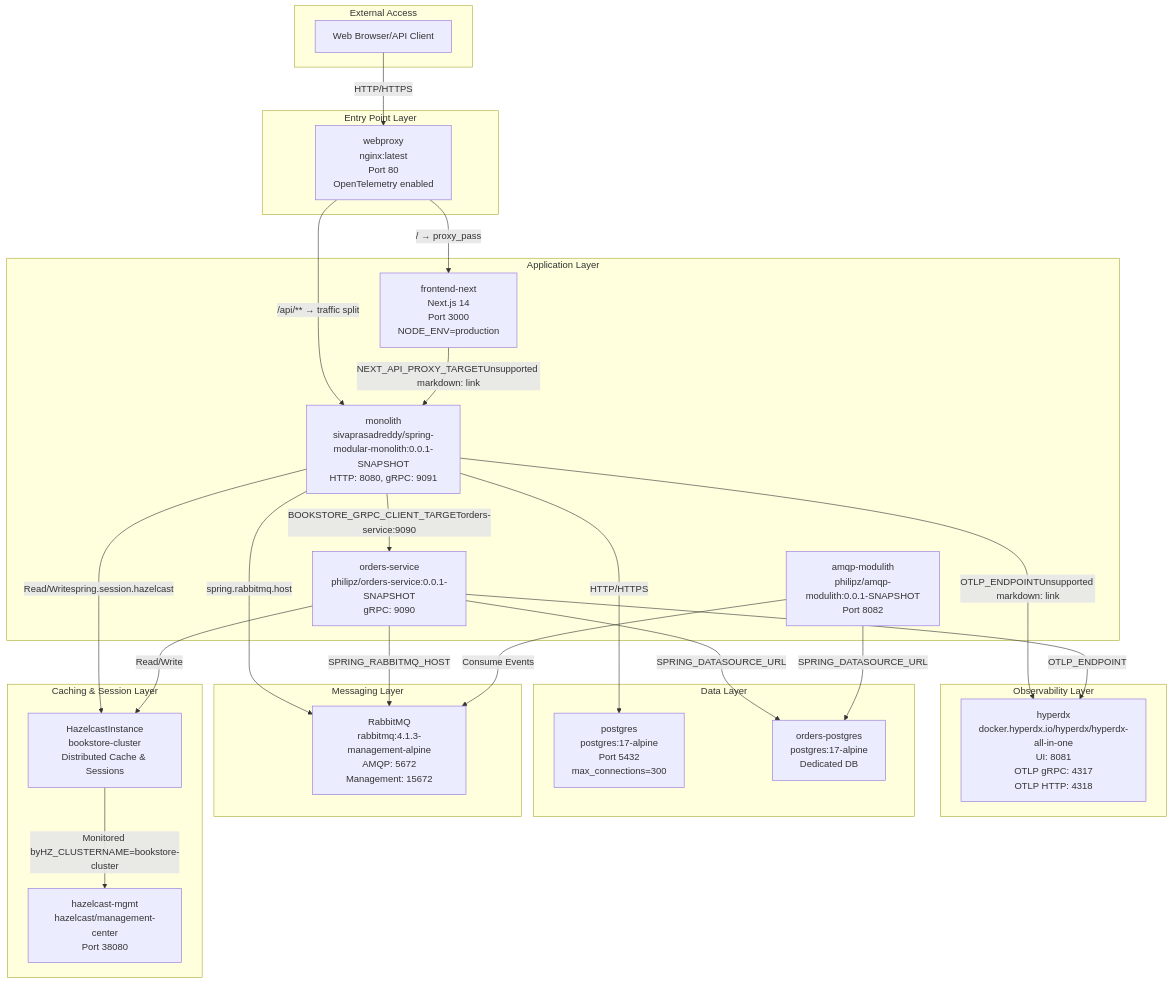
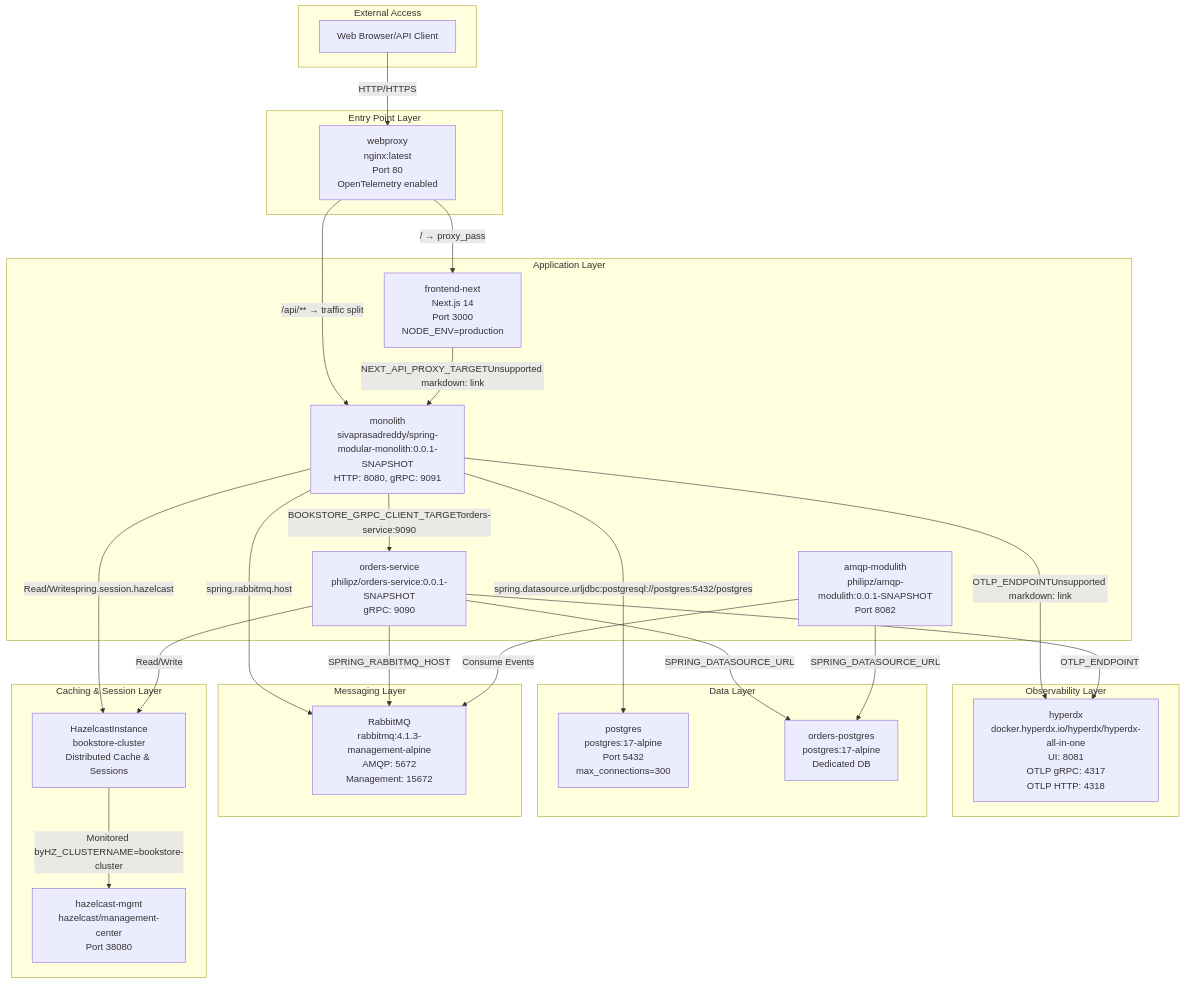
The first of 5 diagrams in docs/deepwiki/System-Architecture-Diagrams.md (philipz/spring-modular-monolith), drawn with Mermaid before and after one commit. The commit also changed other lines of this file and 32 other files, not shown here.

````diff
--- a/docs/deepwiki/System-Architecture-Diagrams.md
+++ b/docs/deepwiki/System-Architecture-Diagrams.md
@@ -27,66 +27,66 @@
 ```mermaid
 flowchart TD
 
 Client["Web Browser/API Client"]
 Nginx["webproxy<br>nginx:latest<br>Port 80<br>OpenTelemetry enabled"]
 Frontend["frontend-next<br>Next.js 14<br>Port 3000<br>NODE_ENV=production"]
 Monolith["monolith<br>sivaprasadreddy/spring-modular-monolith:0.0.1-SNAPSHOT<br>HTTP: 8080, gRPC: 9091"]
 OrdersSvc["orders-service<br>philipz/orders-service:0.0.1-SNAPSHOT<br>gRPC: 9090"]
 AMQPMod["amqp-modulith<br>philipz/amqp-modulith:0.0.1-SNAPSHOT<br>Port 8082"]
 Hazelcast["HazelcastInstance<br>bookstore-cluster<br>Distributed Cache & Sessions"]
 HZMgmt["hazelcast-mgmt<br>hazelcast/management-center<br>Port 38080"]
 RabbitMQ["RabbitMQ<br>rabbitmq:4.1.3-management-alpine<br>AMQP: 5672<br>Management: 15672"]
 PostgresMain["postgres<br>postgres:17-alpine<br>Port 5432<br>max_connections=300"]
 PostgresOrders["orders-postgres<br>postgres:17-alpine<br>Dedicated DB"]
 HyperDX["hyperdx<br>docker.hyperdx.io/hyperdx/hyperdx-all-in-one<br>UI: 8081<br>OTLP gRPC: 4317<br>OTLP HTTP: 4318"]
 
 Client -->|"HTTP/HTTPS"| Nginx
 Nginx -->|"/ → proxy_pass"| Frontend
 Nginx -->|"/api/** → traffic split"| Monolith
 Monolith -->|"Read/Writespring.session.hazelcast"| Hazelcast
 Monolith -->|"spring.rabbitmq.host"| RabbitMQ
-Monolith -->|"HTTP/HTTPS"| PostgresMain
+Monolith -->|"spring.datasource.urljdbc:postgresql://postgres:5432/postgres"| PostgresMain
 Monolith -->|"OTLP_ENDPOINTUnsupported markdown: link"| HyperDX
 OrdersSvc -->|"Read/Write"| Hazelcast
 OrdersSvc -->|"SPRING_RABBITMQ_HOST"| RabbitMQ
 OrdersSvc -->|"SPRING_DATASOURCE_URL"| PostgresOrders
 OrdersSvc -->|"OTLP_ENDPOINT"| HyperDX
 AMQPMod -->|"Consume Events"| RabbitMQ
 AMQPMod -->|"SPRING_DATASOURCE_URL"| PostgresOrders
 
 subgraph subGraph6 ["Observability Layer"]
     HyperDX
 end
 
 subgraph subGraph5 ["Data Layer"]
     PostgresMain
     PostgresOrders
 end
 
 subgraph subGraph4 ["Messaging Layer"]
     RabbitMQ
 end
 
 subgraph subGraph3 ["Caching & Session Layer"]
     Hazelcast
     HZMgmt
     Hazelcast -->|"Monitored byHZ_CLUSTERNAME=bookstore-cluster"| HZMgmt
 end
 
 subgraph subGraph2 ["Application Layer"]
     Frontend
     Monolith
     OrdersSvc
     AMQPMod
     Frontend -->|"NEXT_API_PROXY_TARGETUnsupported markdown: link"| Monolith
     Monolith -->|"BOOKSTORE_GRPC_CLIENT_TARGETorders-service:9090"| OrdersSvc
 end
 
 subgraph subGraph1 ["Entry Point Layer"]
     Nginx
 end
 
 subgraph subGraph0 ["External Access"]
     Client
 end
 ```
````
